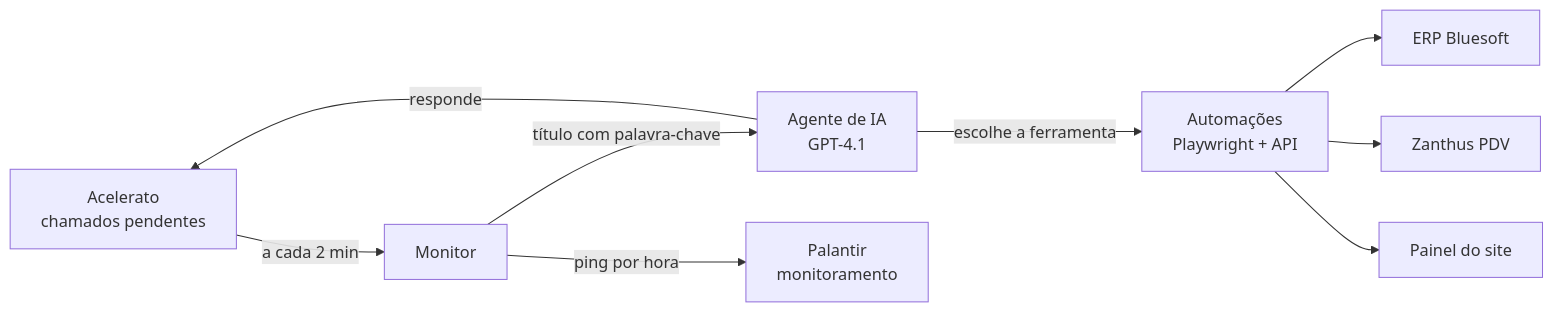
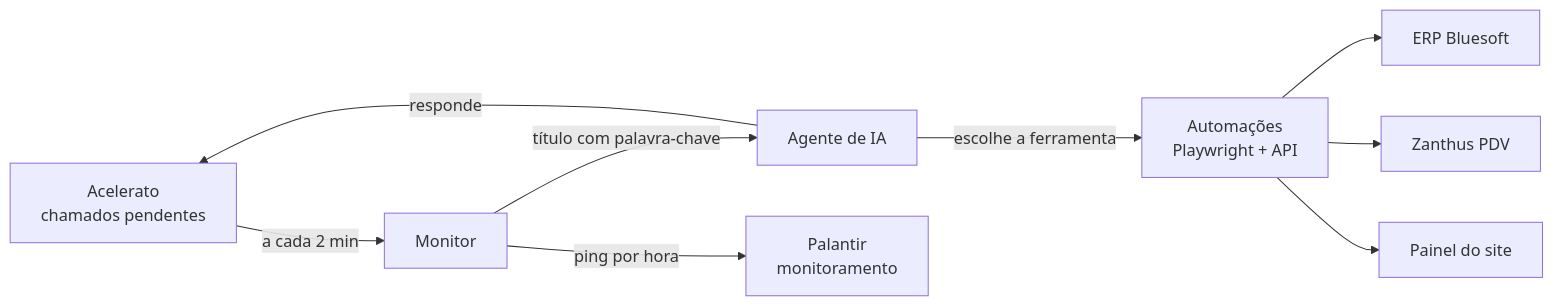
The diagram in README.md (VICTORJCL/IA-suporte-tecnico), drawn with Mermaid before and after one commit. The commit also changed other lines of this file, not shown here.

````diff
--- a/README.md
+++ b/README.md
@@ -28,11 +27,11 @@
 ```mermaid
 flowchart LR
     A[Acelerato<br/>chamados pendentes] -->|a cada 2 min| B[Monitor]
-    B -->|título com palavra-chave| C[Agente de IA<br/>GPT-4.1]
+    B -->|título com palavra-chave| C[Agente de IA]
     C -->|escolhe a ferramenta| D[Automações<br/>Playwright + API]
     D --> E[ERP Bluesoft]
     D --> F[Zanthus PDV]
     D --> G[Painel do site]
     C -->|responde| A
     B -->|ping por hora| H[Palantir<br/>monitoramento]
 ```
````
